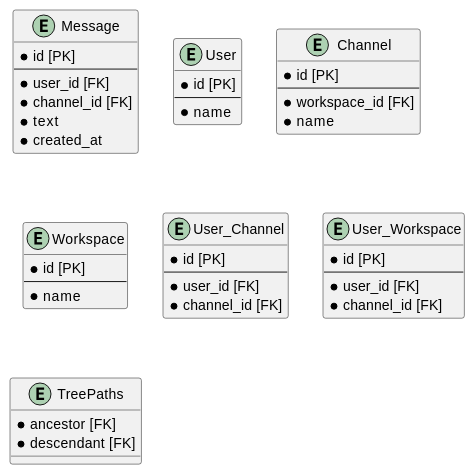
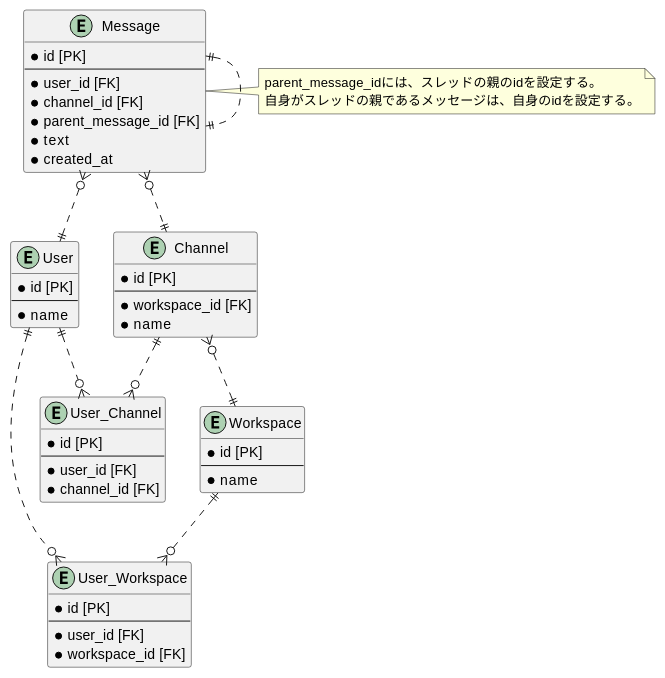
One commit to gn-t-k/PrAhaChallengeTasks changed the diagram in 03_データベース/09_DBモデリング/【回答】DBモデリング2.md. Above: the diagram before and after it, drawn with PlantUML. The commit also changed other lines of this file, not shown here.

````diff
--- a/03_データベース/09_DBモデリング/【回答】DBモデリング2.md
+++ b/03_データベース/09_DBモデリング/【回答】DBモデリング2.md
@@ -5,51 +5,58 @@
 ```plantuml
 @startuml
 
 Entity Message {
   *id [PK]
   --
   *user_id [FK]
   *channel_id [FK]
+  *parent_message_id [FK]
   *text
   *created_at
 }
 
 Entity User {
   *id [PK]
   --
   *name
 }
 
 Entity Channel {
   *id [PK]
   --
   *workspace_id [FK]
   *name
 }
 
 Entity Workspace {
   *id [PK]
   --
   *name
 }
 
 Entity User_Channel {
   *id [PK]
   --
   *user_id [FK]
   *channel_id [FK]
 }
 
 Entity User_Workspace {
   *id [PK]
   --
   *user_id [FK]
-  *channel_id [FK]
+  *workspace_id [FK]
 }
 
-Entity TreePaths {
-  *ancestor [FK]
-  *descendant [FK]
-}
+Message }o..|| User
+Message }o..|| Channel
+Message ||..|| Message
+Channel }o..|| Workspace
+User ||..o{ User_Channel
+Channel ||..o{ User_Channel
+User ||..o{ User_Workspace
+Workspace ||..o{ User_Workspace
+
+note right of Message : parent_message_idには、スレッドの親のidを設定する。\n自身がスレッドの親であるメッセージは、自身のidを設定する。
 @enduml
 ```
````
